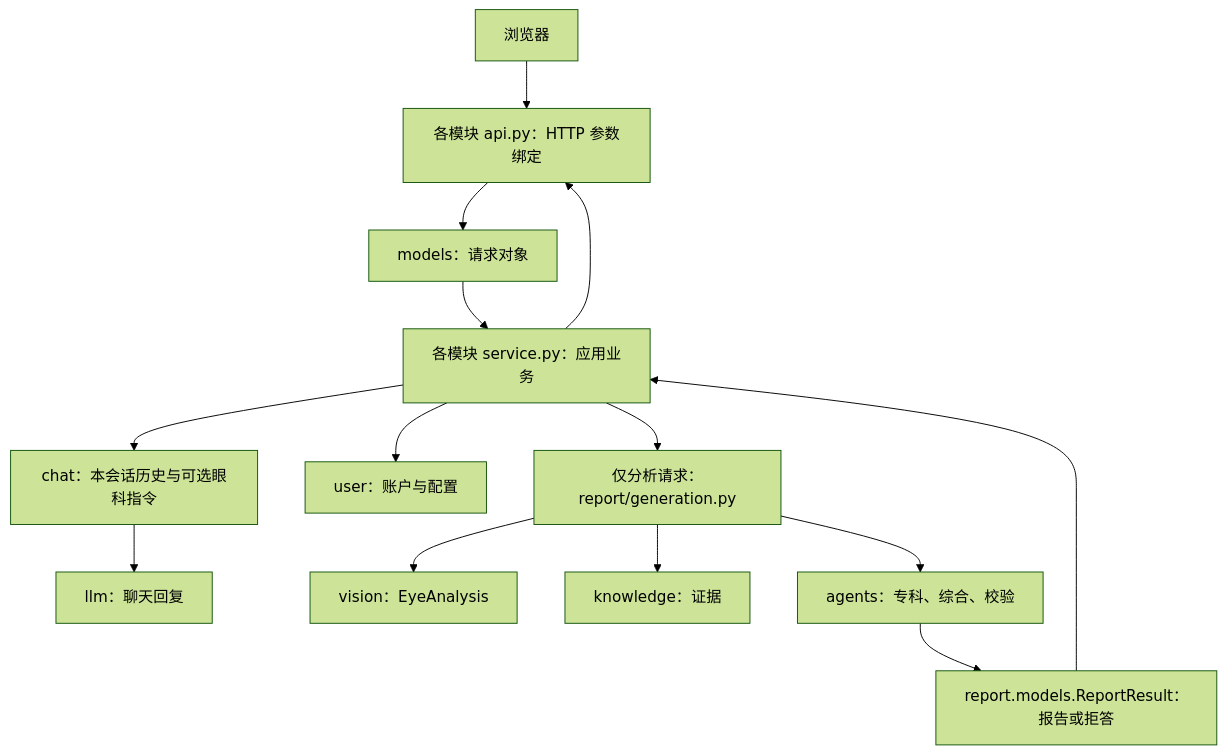
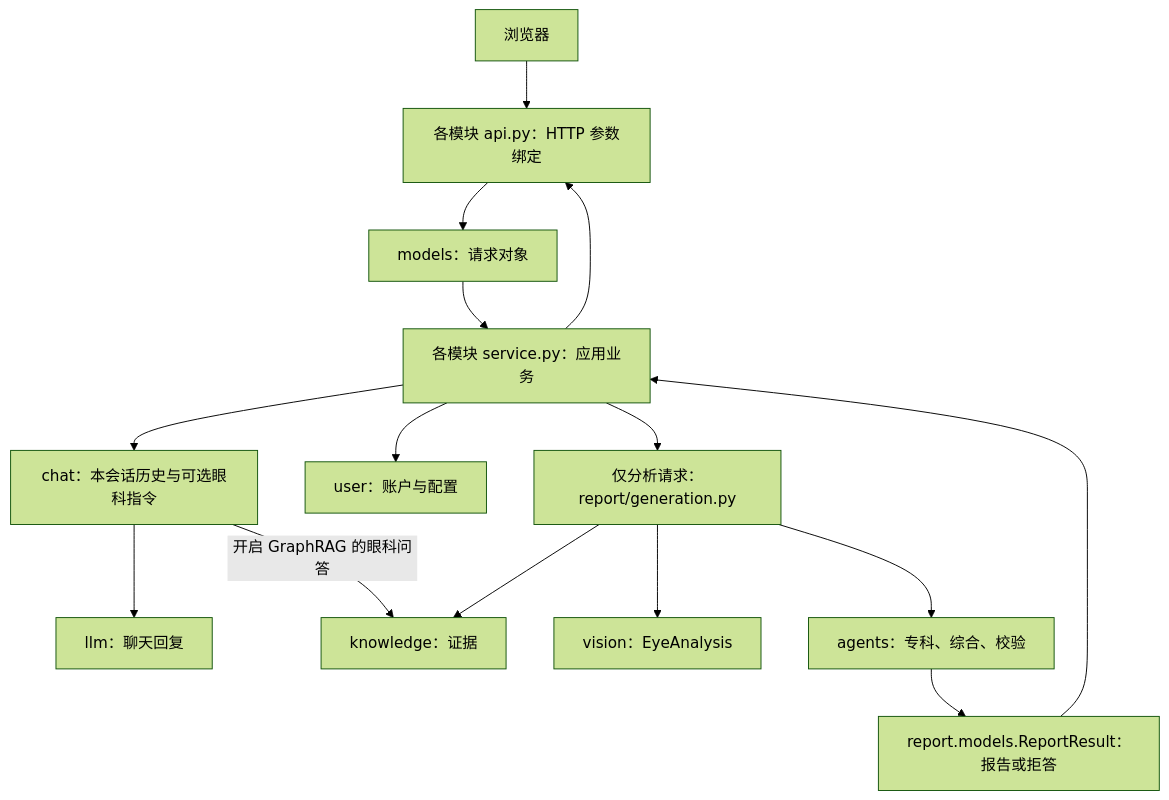
The diagram in docs/ARCHITECTURE.md (tpTwof/OcuPanel), drawn with Mermaid (forest theme) before and after one commit. The commit also changed other lines of this file and 75 other files, not shown here.

````diff
--- a/docs/ARCHITECTURE.md
+++ b/docs/ARCHITECTURE.md
@@ -33,16 +33,17 @@
 ```mermaid
 flowchart TD
   Browser[浏览器] --> API[各模块 api.py：HTTP 参数绑定]
   API --> Request[models：请求对象]
   Request --> Service[各模块 service.py：应用业务]
   Service --> Chat[chat：本会话历史与可选眼科指令]
   Chat --> LLM[llm：聊天回复]
+  Chat -->|开启 GraphRAG 的眼科问答| Knowledge
   Service --> Account[user：账户与配置]
   Service --> Generation[仅分析请求：report/generation.py]
   Generation --> Vision[vision：EyeAnalysis]
   Generation --> Knowledge[knowledge：证据]
   Generation --> Agents[agents：专科、综合、校验]
   Agents --> Result[report.models.ReportResult：报告或拒答]
   Result --> Service
   Service --> API
 ```
````
